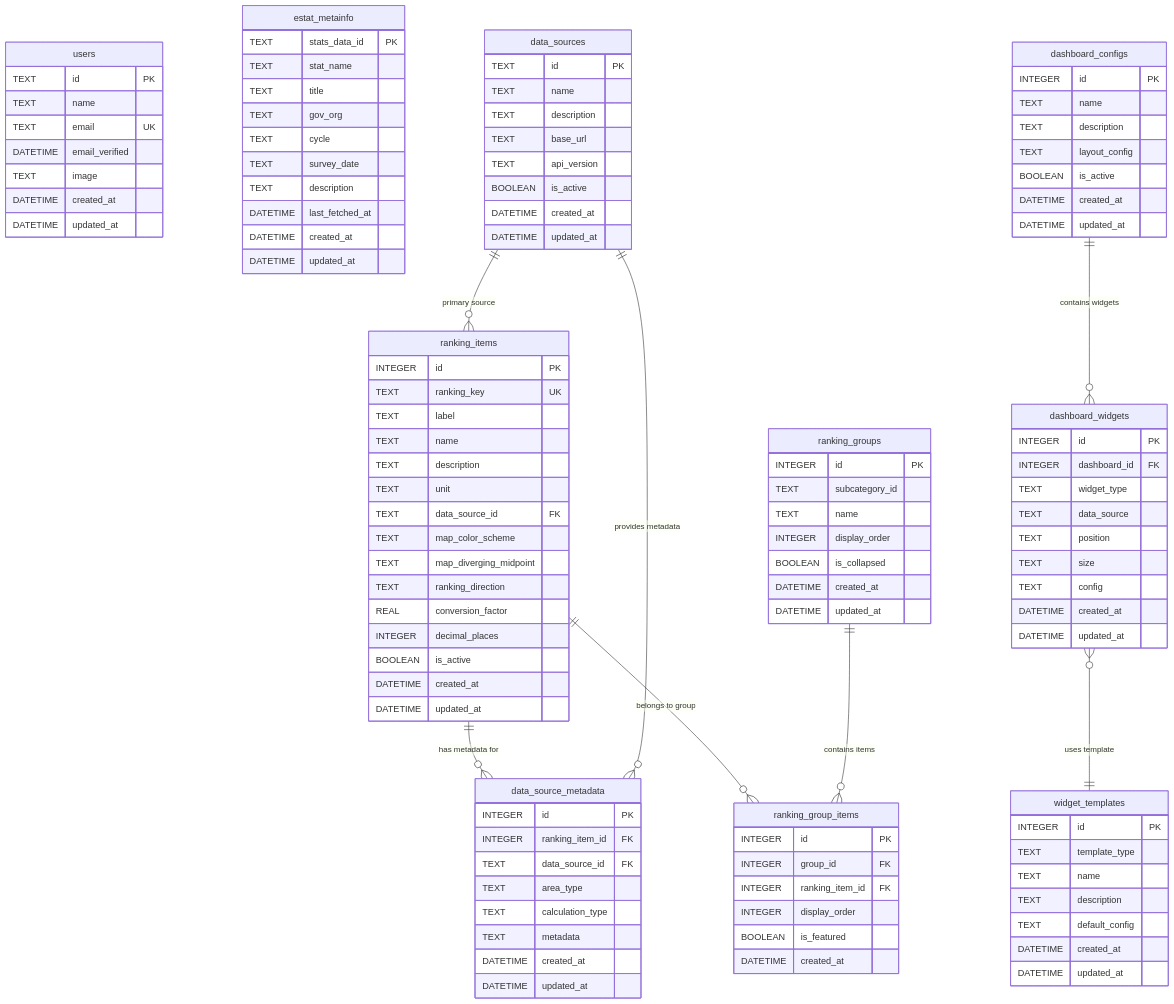
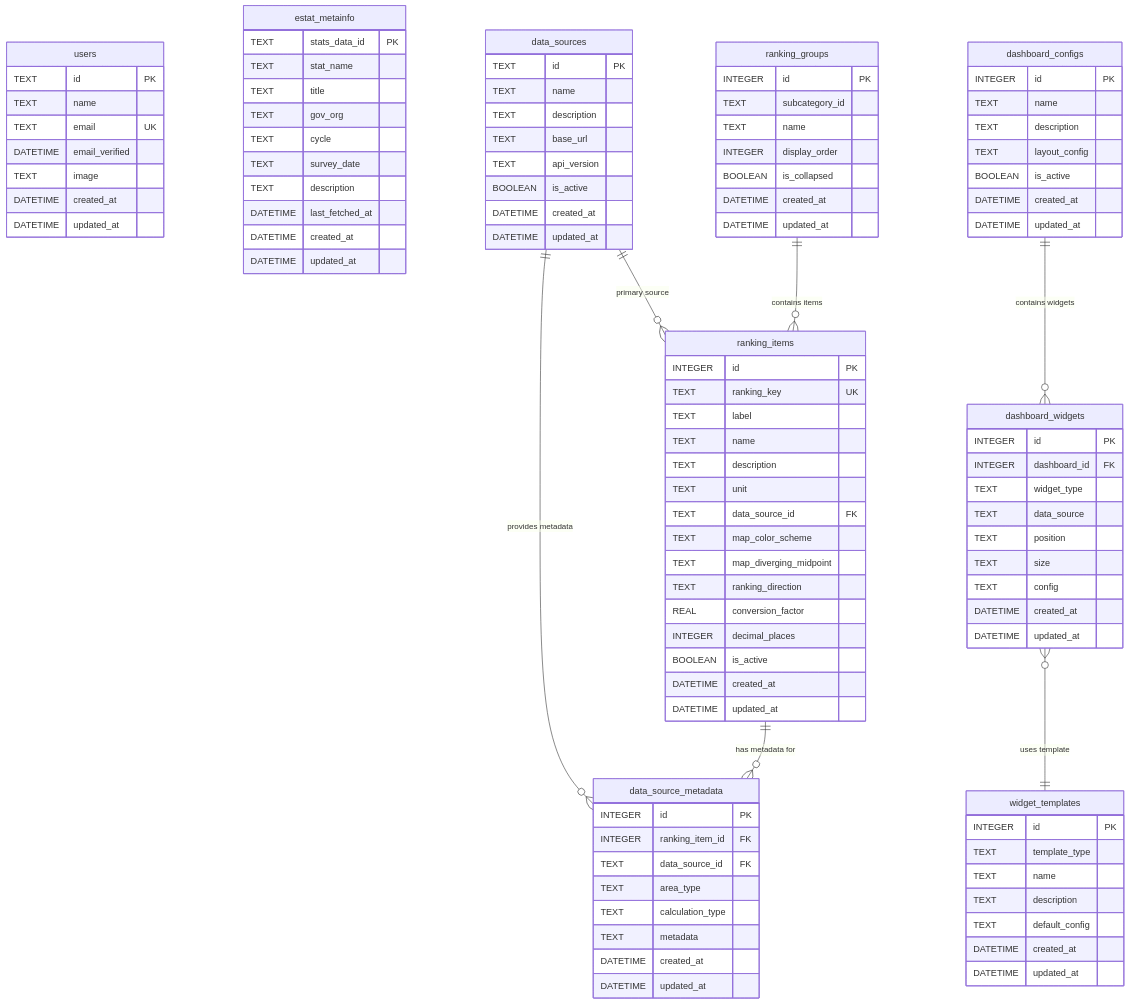
One commit to uruhayato373/stats47 changed the diagram in docs/04_開発ガイド/03_インフラ/データベース/01_D1データベース概要.md. Above: the diagram before and after it, drawn with Mermaid. The commit also changed other lines of this file and 6 other files, not shown here.

````diff
--- a/docs/04_開発ガイド/03_インフラ/データベース/01_D1データベース概要.md
+++ b/docs/04_開発ガイド/03_インフラ/データベース/01_D1データベース概要.md
@@ -423,15 +407,6 @@
         DATETIME updated_at
     }
 
-    ranking_group_items {
-        INTEGER id PK
-        INTEGER group_id FK
-        INTEGER ranking_item_id FK
-        INTEGER display_order
-        BOOLEAN is_featured
-        DATETIME created_at
-    }
-
     dashboard_configs {
         INTEGER id PK
         TEXT name
@@ -467,8 +442,7 @@
     ranking_items ||--o{ data_source_metadata : "has metadata for"
     data_sources ||--o{ data_source_metadata : "provides metadata"
     data_sources ||--o{ ranking_items : "primary source"
-    ranking_items ||--o{ ranking_group_items : "belongs to group"
-    ranking_groups ||--o{ ranking_group_items : "contains items"
+    ranking_groups ||--o{ ranking_items : "contains items"
     dashboard_configs ||--o{ dashboard_widgets : "contains widgets"
     dashboard_widgets }o--|| widget_templates : "uses template"
 ```
````
